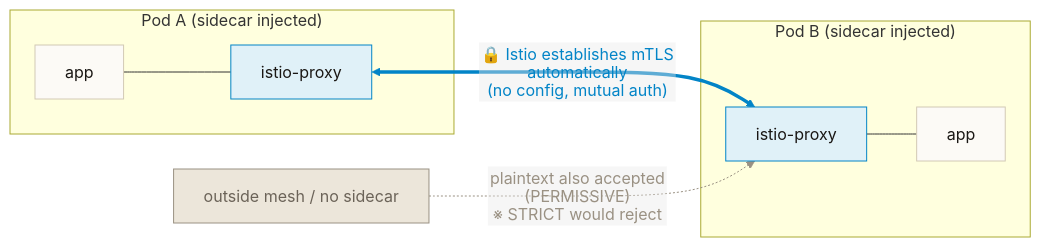
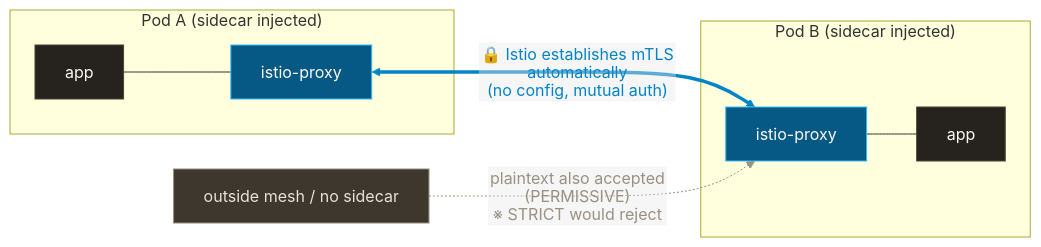
The third of 3 diagrams in kubernetes/network/README.md (yu-min3/kensan-lab), drawn with Mermaid before and after one commit. The commit also changed other lines of this file and 2 other files, not shown here.

````diff
--- a/kubernetes/network/README.md
+++ b/kubernetes/network/README.md
@@ -86,22 +86,22 @@
 ```mermaid
 %%{init: {"flowchart": {"htmlLabels": false}} }%%
 flowchart LR
     subgraph P1["Pod A (sidecar injected)"]
         App1[app] --- SC1[istio-proxy]
     end
     subgraph P2["Pod B (sidecar injected)"]
         SC2[istio-proxy] --- App2[app]
     end
     Out["outside mesh / no sidecar"]
 
     SC1 <==>|"🔒 Istio establishes mTLS automatically<br/>(no config, mutual auth)"| SC2
     Out -.->|"plaintext also accepted (PERMISSIVE)<br/>※ STRICT would reject"| SC2
 
-    classDef default fill:#FCFAF6,stroke:#D2C9B5,color:#1A1714
-    classDef proxy fill:#E0F1F8,stroke:#0284C7,color:#1A1714
-    classDef plain fill:#ECE6DA,stroke:#9A9183,color:#6B6358
+    classDef default fill:#26221D,stroke:#4A4232,color:#FCFAF6
+    classDef proxy fill:#075985,stroke:#38BDF8,color:#FCFAF6
+    classDef plain fill:#3D372E,stroke:#948B79,color:#E8E1D6
     class SC1,SC2 proxy
     class Out plain
     linkStyle 2 stroke:#0284C7,color:#0284C7
     linkStyle 3 stroke:#9A9183,color:#9A9183
 ```
````
